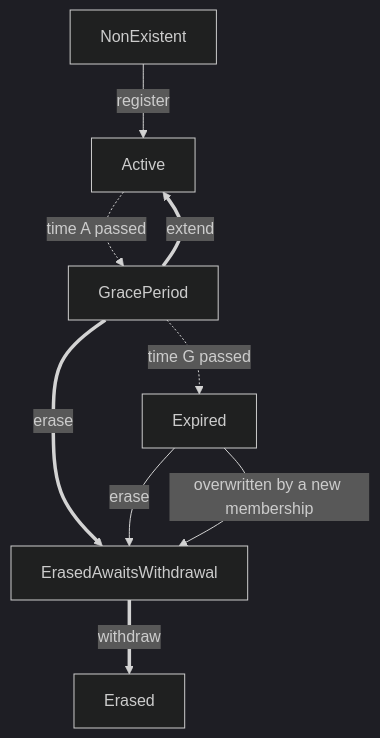
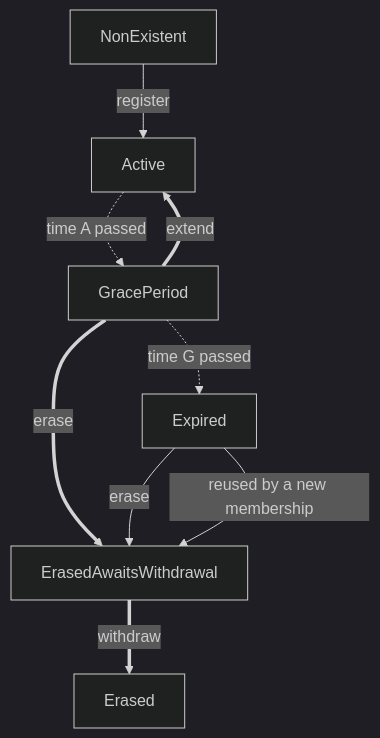
The diagram in standards/core/rln-contract.md (waku-org/specs), drawn with Mermaid (dark theme) before and after one commit. The commit also changed other lines of this file, not shown here.

````diff
--- a/standards/core/rln-contract.md
+++ b/standards/core/rln-contract.md
@@ -91,12 +91,12 @@
 ```mermaid
 graph TD;
     NonExistent --> |"register"| Active;
     Active -.-> |"time A passed"| GracePeriod;
     GracePeriod ==> |"extend"| Active;
     GracePeriod -.-> |"time G passed"| Expired;
     GracePeriod ==> |"erase"| ErasedAwaitsWithdrawal;
     Expired --> |"erase"| ErasedAwaitsWithdrawal;
-    Expired --> |"overwritten by a new membership"| ErasedAwaitsWithdrawal;
+    Expired --> |"reused by a new membership"| ErasedAwaitsWithdrawal;
     ErasedAwaitsWithdrawal ==> |"withdraw"| Erased;
 
 ```
````
